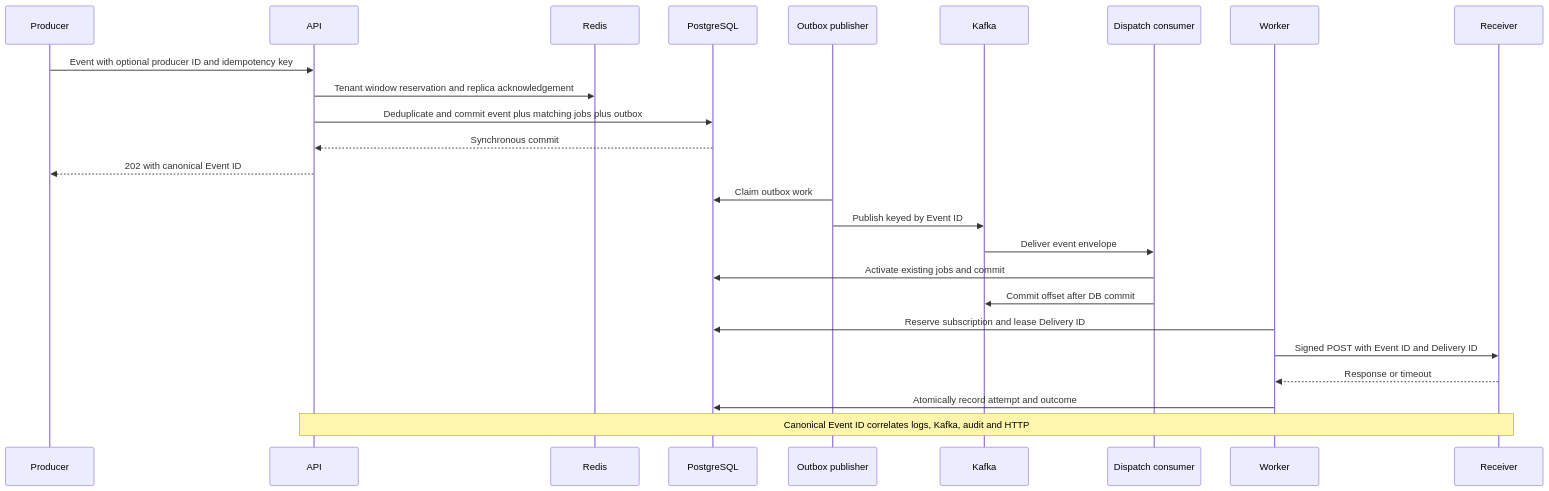
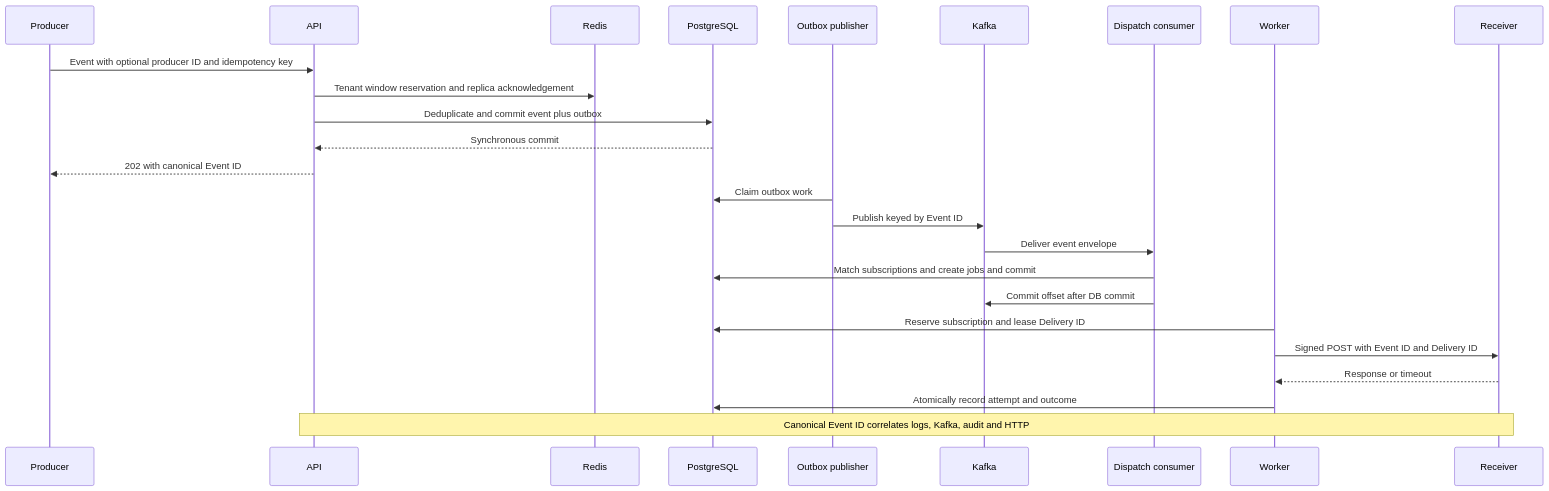
Before and after one commit to Sahil2237/notification-fanout: the third of 7 diagrams in docs/hld.md, drawn with Mermaid. The commit also changed other lines of this file and 45 other files, not shown here.

````diff
--- a/docs/hld.md
+++ b/docs/hld.md
@@ -53,27 +55,27 @@
 ```mermaid
 sequenceDiagram
     participant P as Producer
     participant A as API
     participant R as Redis
     participant D as PostgreSQL
     participant O as Outbox publisher
     participant K as Kafka
     participant C as Dispatch consumer
     participant W as Worker
     participant H as Receiver
     P->>A: Event with optional producer ID and idempotency key
     A->>R: Tenant window reservation and replica acknowledgement
-    A->>D: Deduplicate and commit event plus matching jobs plus outbox
+    A->>D: Deduplicate and commit event plus outbox
     D-->>A: Synchronous commit
     A-->>P: 202 with canonical Event ID
     O->>D: Claim outbox work
     O->>K: Publish keyed by Event ID
     K->>C: Deliver event envelope
-    C->>D: Activate existing jobs and commit
+    C->>D: Match subscriptions and create jobs and commit
     C->>K: Commit offset after DB commit
     W->>D: Reserve subscription and lease Delivery ID
     W->>H: Signed POST with Event ID and Delivery ID
     H-->>W: Response or timeout
     W->>D: Atomically record attempt and outcome
     Note over A,H: Canonical Event ID correlates logs, Kafka, audit and HTTP
 ```
````
